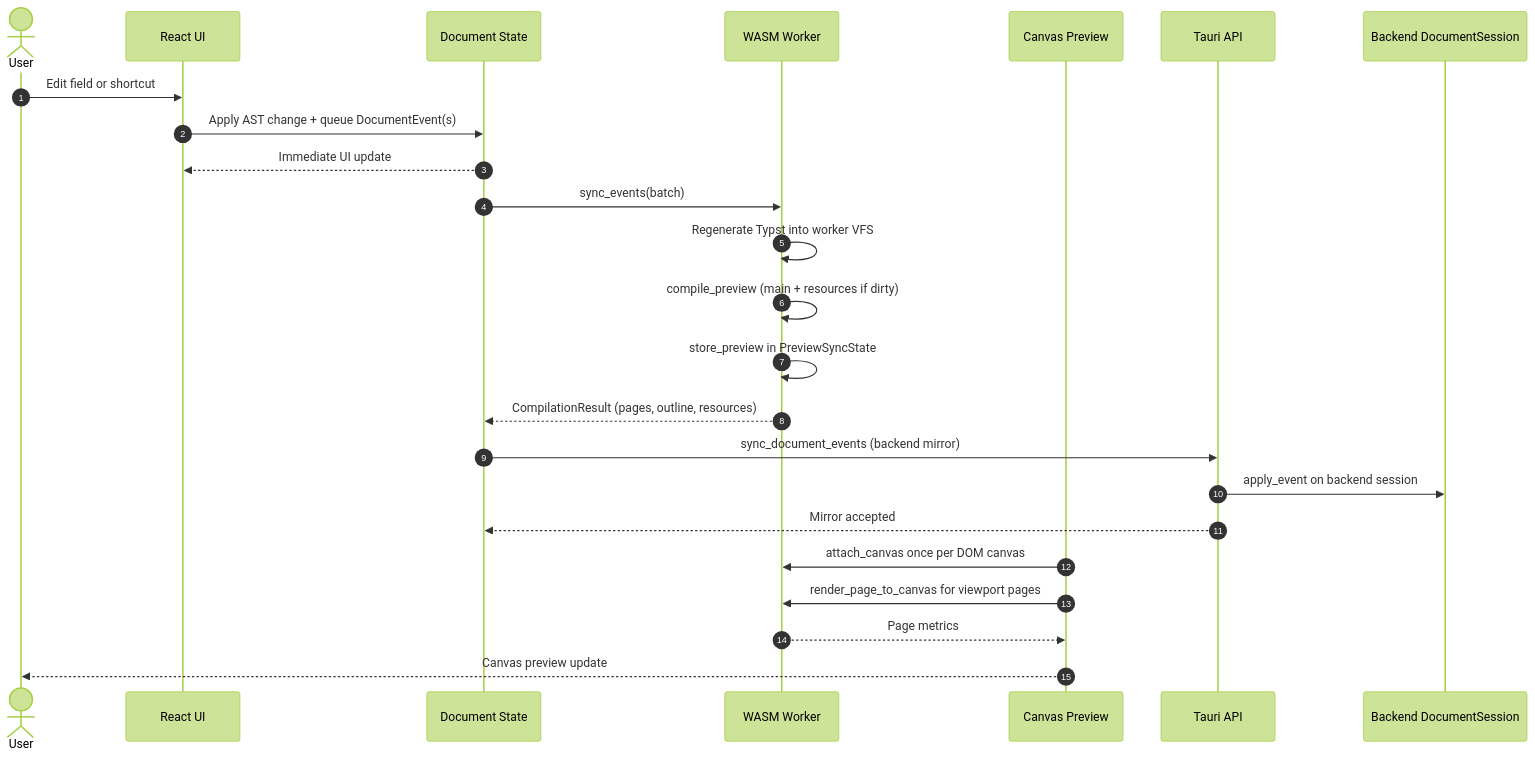
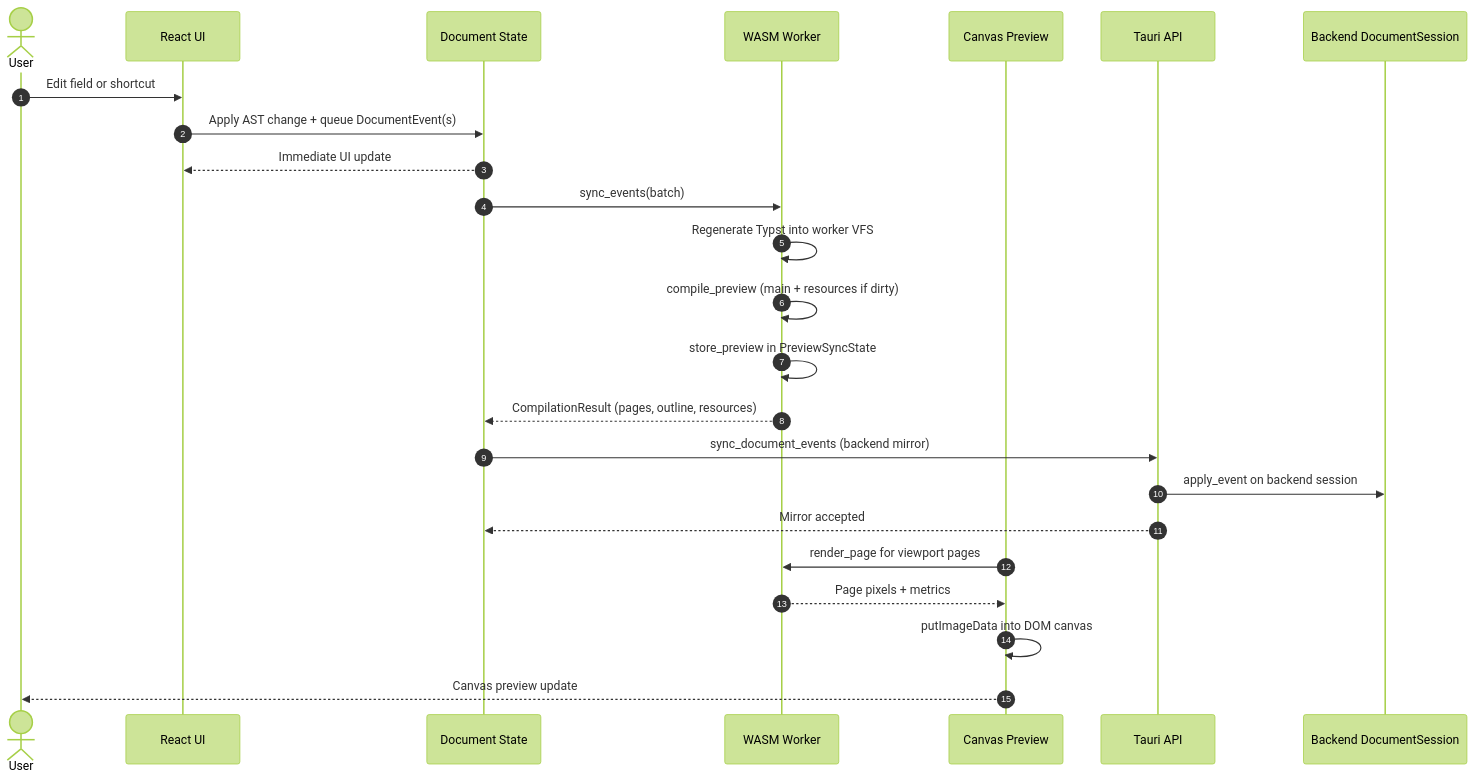
One commit to andmoreduro/ergo changed the first of 9 diagrams in context/sequence-diagrams.md. Above: the diagram before and after it, drawn with Mermaid (forest theme). The commit also changed other lines of this file and 13 other files, not shown here.

Commit message:
Revert worker-owned preview canvas rendering

````diff
--- a/context/sequence-diagrams.md
+++ b/context/sequence-diagrams.md
@@ -7,29 +7,29 @@
 ```mermaid
 sequenceDiagram
     autonumber
 
     actor User
     participant UI as React UI
     participant State as Document State
     participant Worker as WASM Worker
     participant Preview as Canvas Preview
     participant API as Tauri API
     participant Session as Backend DocumentSession
 
     User->>UI: Edit field or shortcut
     UI->>State: Apply AST change + queue DocumentEvent(s)
     State-->>UI: Immediate UI update
 
     State->>Worker: sync_events(batch)
     Worker->>Worker: Regenerate Typst into worker VFS
     Worker->>Worker: compile_preview (main + resources if dirty)
     Worker->>Worker: store_preview in PreviewSyncState
     Worker-->>State: CompilationResult (pages, outline, resources)
     State->>API: sync_document_events (backend mirror)
     API->>Session: apply_event on backend session
     API-->>State: Mirror accepted
-    Preview->>Worker: attach_canvas once per DOM canvas
-    Preview->>Worker: render_page_to_canvas for viewport pages
-    Worker-->>Preview: Page metrics
+    Preview->>Worker: render_page for viewport pages
+    Worker-->>Preview: Page pixels + metrics
+    Preview->>Preview: putImageData into DOM canvas
     Preview-->>User: Canvas preview update
 ```
````
